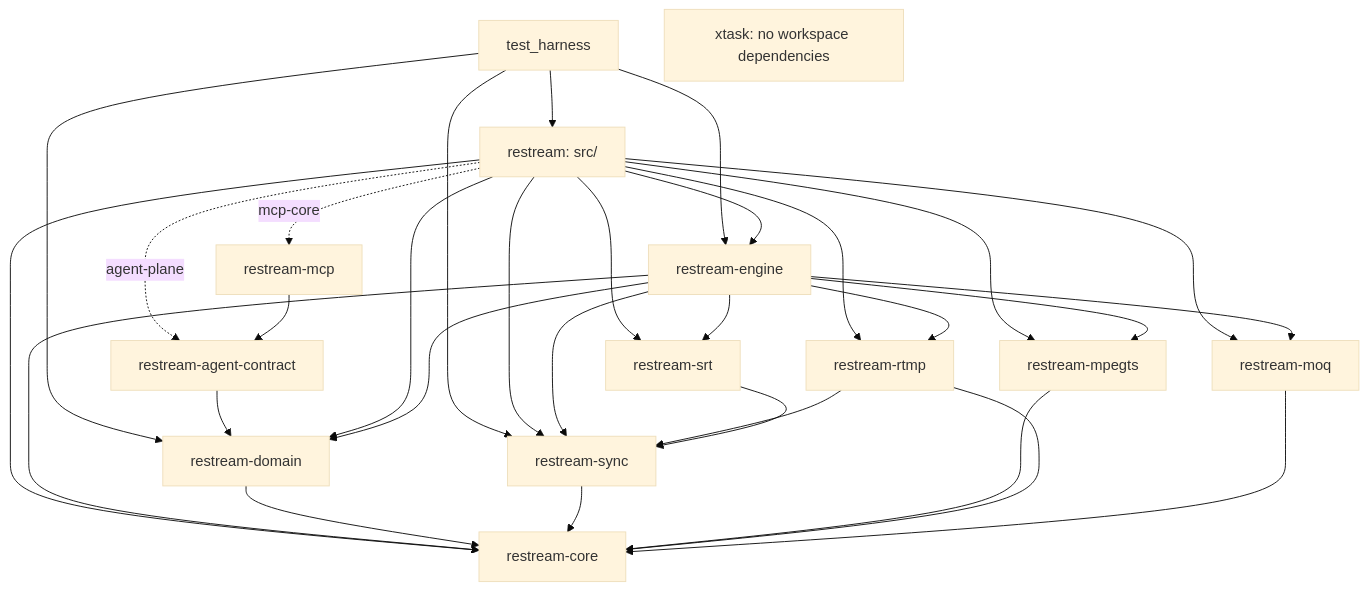
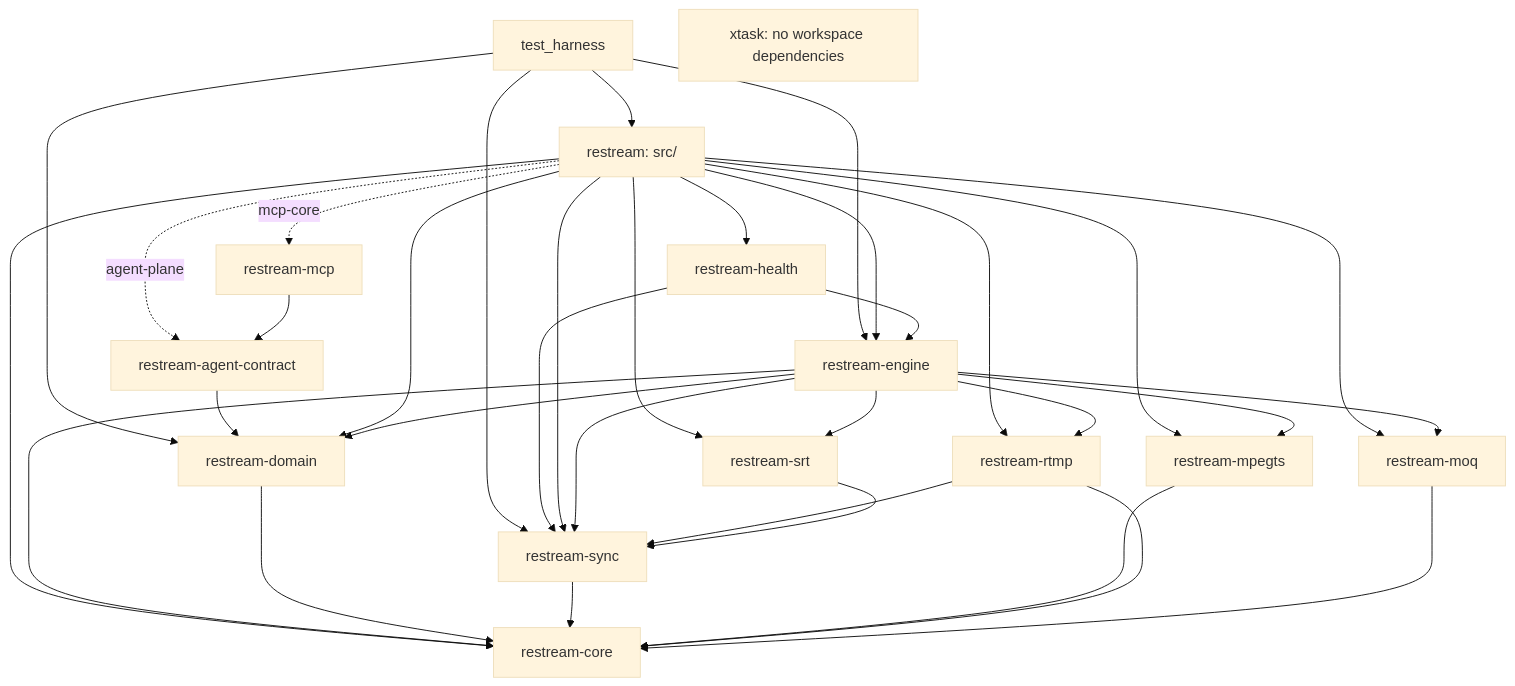
The third of 7 diagrams in docs/architecture.md (krsna1729/restream), drawn with Mermaid (base theme) before and after one commit. The commit also changed other lines of this file and 44 other files, not shown here.

First line of the commit message:
Move alerts, output diagnosis and destination baselines into restream-health

````diff
--- a/docs/architecture.md
+++ b/docs/architecture.md
@@ -116,34 +116,37 @@
 ```mermaid
 flowchart TD
     Harness["test_harness"] --> App["restream: src/"]
     Harness --> Engine
     Harness --> Domain
     Harness --> Sync
     App --> Engine["restream-engine"]
+    App --> Health["restream-health"]
+    Health --> Engine
+    Health --> Sync
     App -.->|"agent-plane"| Contract["restream-agent-contract"]
     App -.->|"mcp-core"| Mcp["restream-mcp"]
     Mcp --> Contract
     Contract --> Domain
     App --> Core["restream-core"]
     App --> Domain["restream-domain"]
     App --> Sync["restream-sync"]
     App --> Ts["restream-mpegts"]
     App --> Rtmp["restream-rtmp"]
     App --> Srt["restream-srt"]
     App --> Moq["restream-moq"]
     Engine --> Core
     Engine --> Domain
     Engine --> Sync
     Engine --> Ts
     Engine --> Rtmp
     Engine --> Srt
     Engine --> Moq
     Domain --> Core
     Sync --> Core
     Ts --> Core
     Rtmp --> Core
     Rtmp --> Sync
     Srt --> Sync
     Moq --> Core
     Xtask["xtask: no workspace dependencies"]
 ```
````
